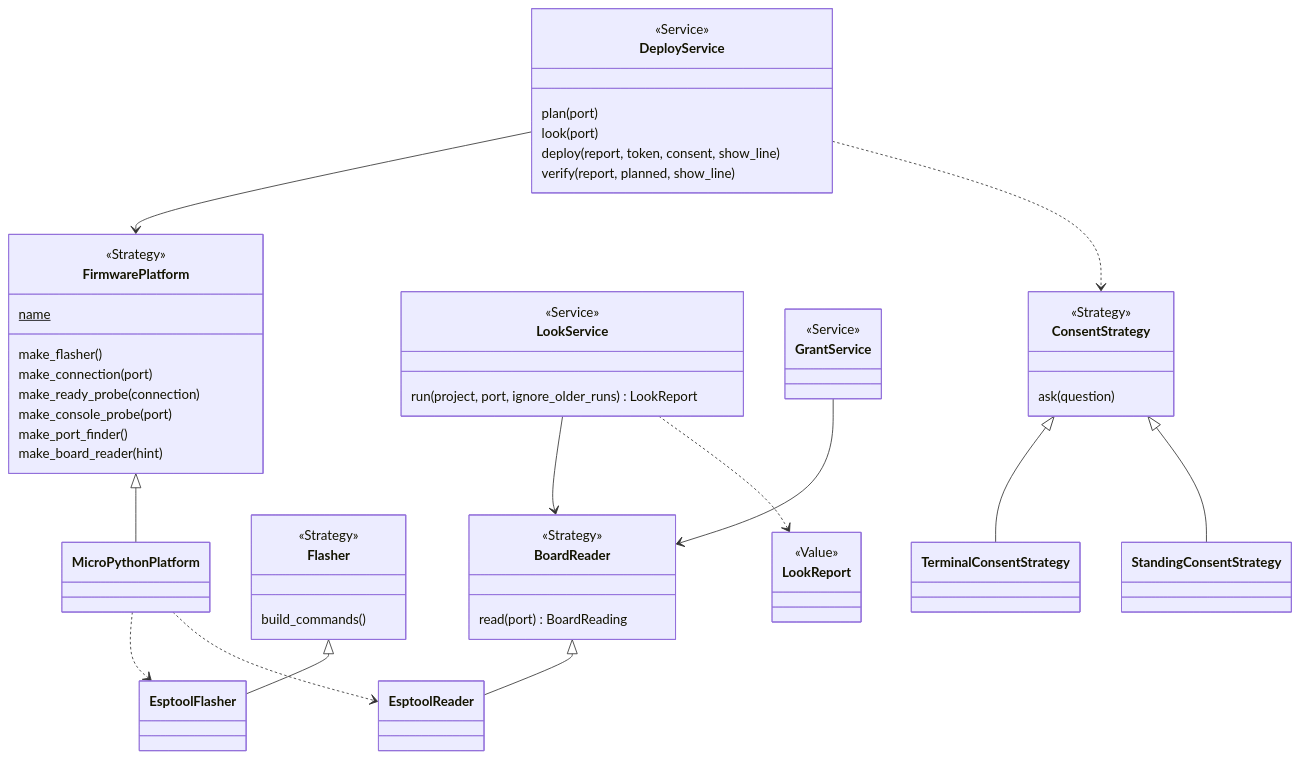
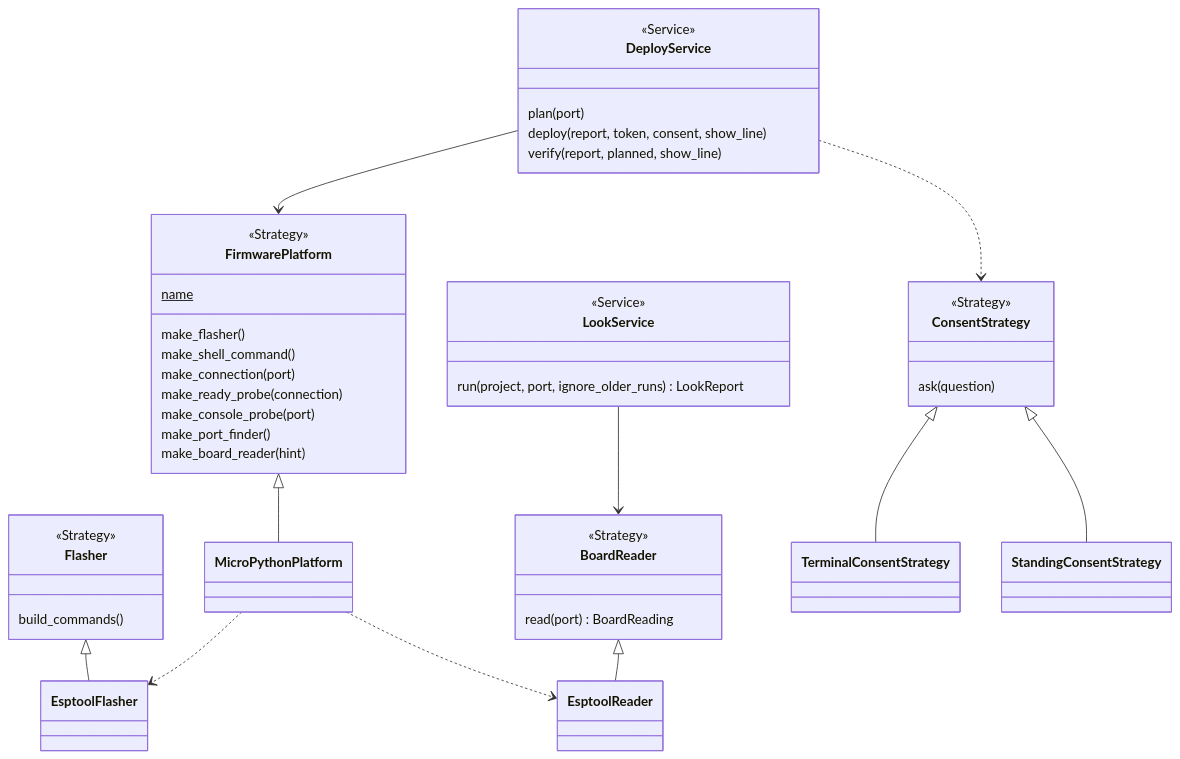
One commit to xmejkal/spark changed the first of 2 diagrams in docs/discovery/2026-10-19-p323-target-architecture/architecture/areas/bench.md. Above: the diagram before and after it, drawn with Mermaid. The commit also changed other lines of this file and 13 other files, not shown here.

````diff
--- a/docs/discovery/2026-10-19-p323-target-architecture/architecture/areas/bench.md
+++ b/docs/discovery/2026-10-19-p323-target-architecture/architecture/areas/bench.md
@@ -72,59 +53,46 @@
 ```mermaid
 classDiagram
   class FirmwarePlatform {
     <<Strategy>>
     name$
     make_flasher()
+    make_shell_command()
     make_connection(port)
     make_ready_probe(connection)
     make_console_probe(port)
     make_port_finder()
     make_board_reader(hint)
   }
-  class MicroPythonPlatform
   class Flasher {
     <<Strategy>>
     build_commands()
   }
-  class EsptoolFlasher
   class BoardReader {
     <<Strategy>>
     read(port) BoardReading
   }
-  class EsptoolReader
   class LookService {
     <<Service>>
     run(project, port, ignore_older_runs) LookReport
   }
   class DeployService {
     <<Service>>
     plan(port)
-    look(port)
     deploy(report, token, consent, show_line)
     verify(report, planned, show_line)
-  }
-  class GrantService {
-    <<Service>>
   }
   class ConsentStrategy {
     <<Strategy>>
     ask(question)
-  }
-  class TerminalConsentStrategy
-  class StandingConsentStrategy
-  class LookReport {
-    <<Value>>
   }
   FirmwarePlatform <|-- MicroPythonPlatform
   MicroPythonPlatform ..> EsptoolFlasher
   MicroPythonPlatform ..> EsptoolReader
   Flasher <|-- EsptoolFlasher
   BoardReader <|-- EsptoolReader
   LookService --> BoardReader
-  LookService ..> LookReport
   DeployService --> FirmwarePlatform
   DeployService ..> ConsentStrategy
-  GrantService --> BoardReader
   ConsentStrategy <|-- TerminalConsentStrategy
   ConsentStrategy <|-- StandingConsentStrategy
 ```
````
